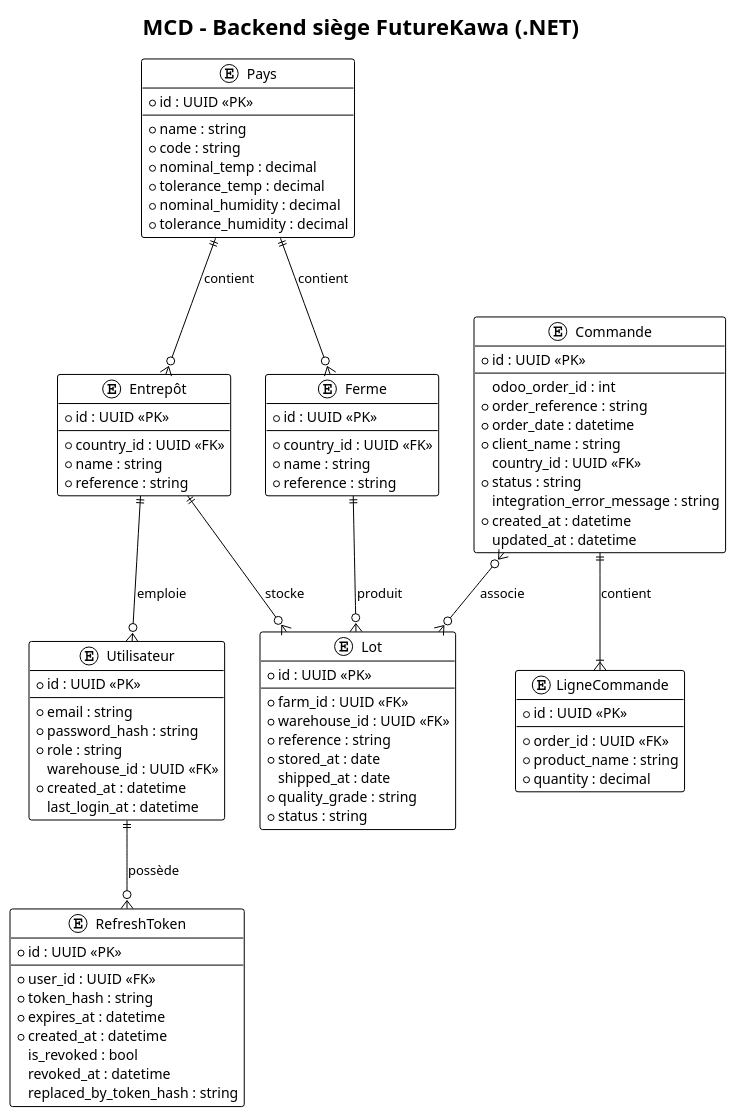
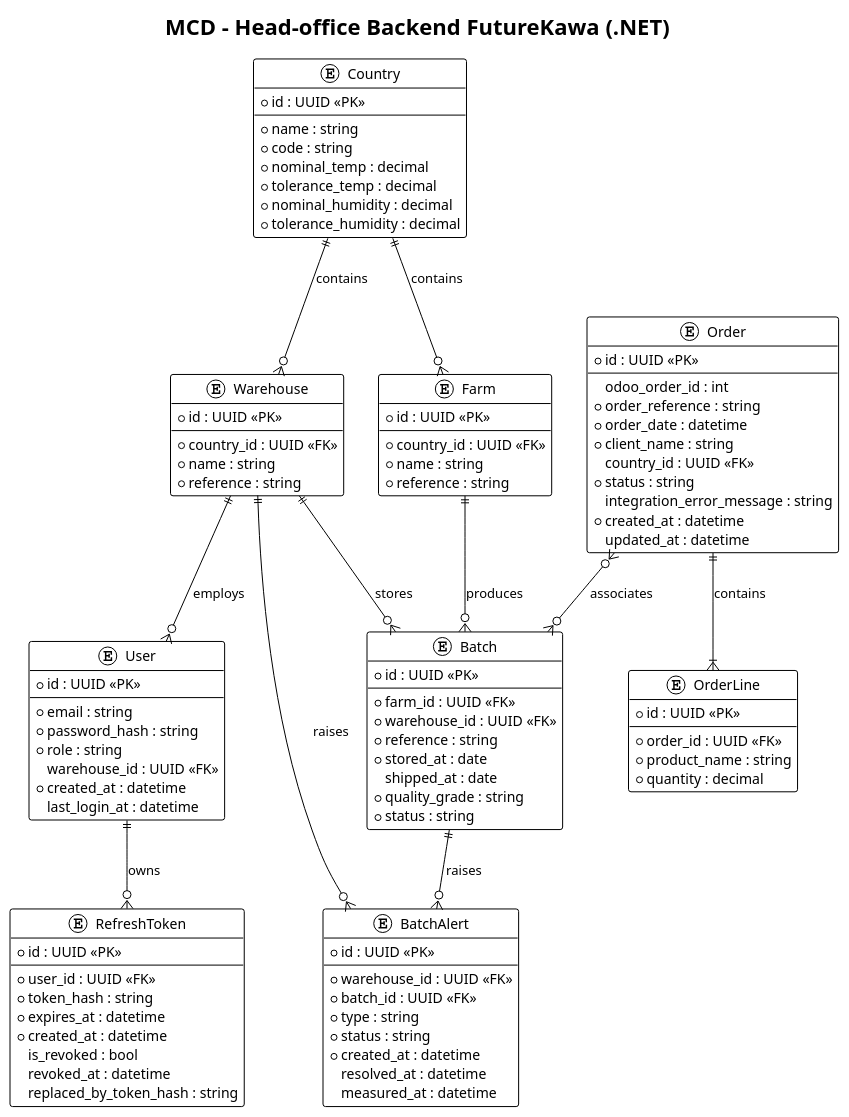
The diagram in Documentation/diagrammes/mcd_backend.puml (FutureKawa-Nte-G2/FutureKawa), drawn with PlantUML before and after one commit. The commit also changed 1 other file, not shown here.

Commit message:
docs: add BatchAlert entity and translate backend diagrams to English

```diff
--- a/Documentation/diagrammes/mcd_backend.puml
+++ b/Documentation/diagrammes/mcd_backend.puml
@@ -1,101 +1,115 @@
 @startuml MCD_Backend_FutureKawa
 
 !theme plain
 
-title MCD - Backend siège FutureKawa (.NET)
+title MCD - Head-office Backend FutureKawa (.NET)
 
-entity "Utilisateur" as User {
+entity "User" as User {
   * id : UUID <<PK>>
   --
   * email : string
   * password_hash : string
   * role : string
   warehouse_id : UUID <<FK>>
   * created_at : datetime
   last_login_at : datetime
 }
 
 entity "RefreshToken" as RefreshToken {
   * id : UUID <<PK>>
   --
   * user_id : UUID <<FK>>
   * token_hash : string
   * expires_at : datetime
   * created_at : datetime
   is_revoked : bool
   revoked_at : datetime
   replaced_by_token_hash : string
 }
 
-entity "Pays" as Country {
+entity "Country" as Country {
   * id : UUID <<PK>>
   --
   * name : string
   * code : string
   * nominal_temp : decimal
   * tolerance_temp : decimal
   * nominal_humidity : decimal
   * tolerance_humidity : decimal
 }
 
-entity "Ferme" as Farm {
+entity "Farm" as Farm {
   * id : UUID <<PK>>
   --
   * country_id : UUID <<FK>>
   * name : string
   * reference : string
 }
 
-entity "Entrepôt" as Warehouse {
+entity "Warehouse" as Warehouse {
   * id : UUID <<PK>>
   --
   * country_id : UUID <<FK>>
   * name : string
   * reference : string
 }
 
-entity "Lot" as Batch {
+entity "Batch" as Batch {
   * id : UUID <<PK>>
   --
   * farm_id : UUID <<FK>>
   * warehouse_id : UUID <<FK>>
   * reference : string
   * stored_at : date
   shipped_at : date
   * quality_grade : string
   * status : string
 }
 
-entity "Commande" as Order {
+entity "BatchAlert" as BatchAlert {
+  * id : UUID <<PK>>
+  --
+  * warehouse_id : UUID <<FK>>
+  * batch_id : UUID <<FK>>
+  * type : string
+  * status : string
+  * created_at : datetime
+  resolved_at : datetime
+  measured_at : datetime
+}
+
+entity "Order" as Order {
   * id : UUID <<PK>>
   --
   odoo_order_id : int
   * order_reference : string
   * order_date : datetime
   * client_name : string
   country_id : UUID <<FK>>
   * status : string
   integration_error_message : string
   * created_at : datetime
   updated_at : datetime
 }
 
-entity "LigneCommande" as OrderLine {
+entity "OrderLine" as OrderLine {
   * id : UUID <<PK>>
   --
   * order_id : UUID <<FK>>
   * product_name : string
   * quantity : decimal
 }
 
-' Relations conceptuelles
-User ||--o{ RefreshToken : "possède"
-Warehouse ||--o{ User : "emploie"
-Country ||--o{ Farm : "contient"
-Country ||--o{ Warehouse : "contient"
-Farm ||--o{ Batch : "produit"
-Warehouse ||--o{ Batch : "stocke"
-Order ||--|{ OrderLine : "contient"
-Order }o--o{ Batch : "associe"
+' Conceptual relationships
+User ||--o{ RefreshToken : "owns"
+Warehouse ||--o{ User : "employs"
+Country ||--o{ Farm : "contains"
+Country ||--o{ Warehouse : "contains"
+Farm ||--o{ Batch : "produces"
+Warehouse ||--o{ Batch : "stores"
+Warehouse ||--o{ BatchAlert : "raises"
+Batch ||--o{ BatchAlert : "raises"
+Order ||--|{ OrderLine : "contains"
+Order }o--o{ Batch : "associates"
 
 @enduml
```
